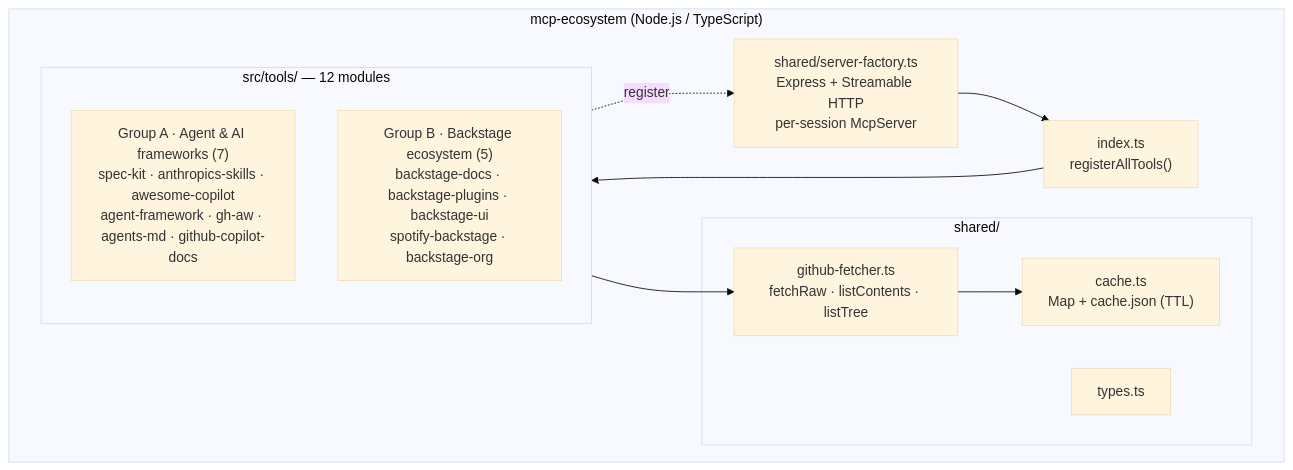
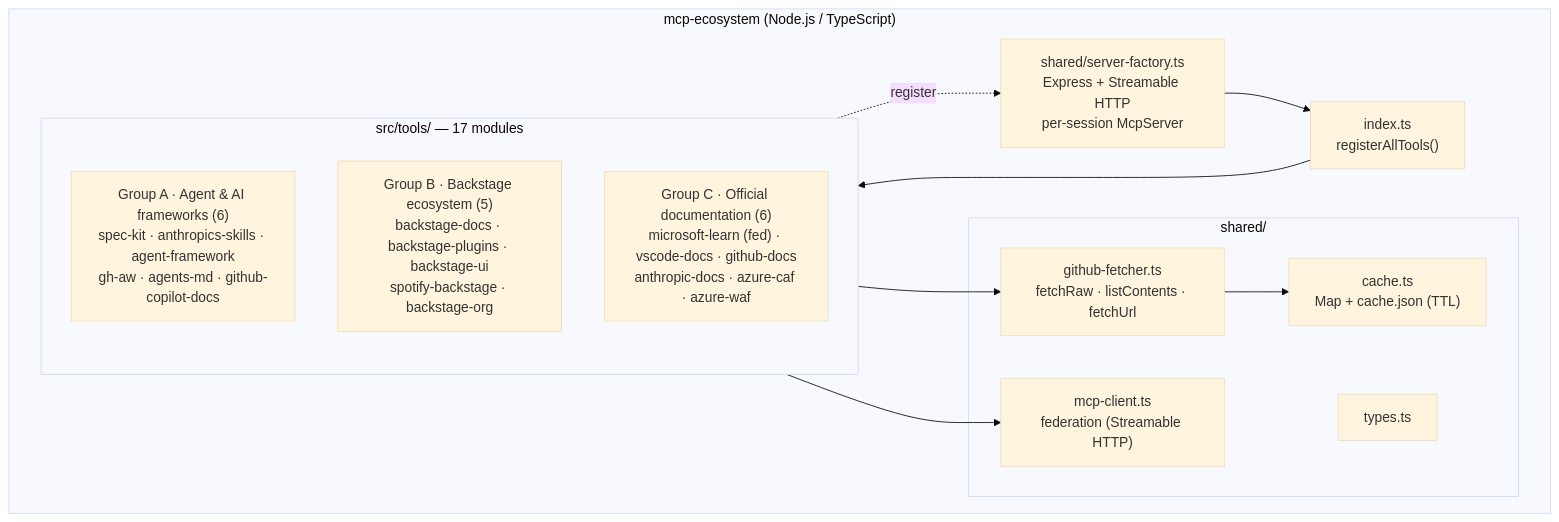
The second of 5 diagrams in mcp-servers/ARCHITECTURE.md (Ohorizons/ohorizons-lastest), drawn with Mermaid (base theme) before and after one commit. The commit also changed other lines of this file and 33 other files, not shown here.

First line of the commit message:
Add tools for Azure Cloud Adoption Framework, Azure Well-Architected Framework, GitHub Docs, Microsoft Learn, and VS Code documentation

````diff
--- a/mcp-servers/ARCHITECTURE.md
+++ b/mcp-servers/ARCHITECTURE.md
@@ -58,20 +62,23 @@
 ```mermaid
 flowchart TB
     subgraph Server["mcp-ecosystem (Node.js / TypeScript)"]
         IDX["index.ts<br/>registerAllTools()"]
         FACT["shared/server-factory.ts<br/>Express + Streamable HTTP<br/>per-session McpServer"]
         subgraph Shared["shared/"]
             CACHE["cache.ts<br/>Map + cache.json (TTL)"]
-            FETCH["github-fetcher.ts<br/>fetchRaw · listContents · listTree"]
+            FETCH["github-fetcher.ts<br/>fetchRaw · listContents · fetchUrl"]
+            MCPC["mcp-client.ts<br/>federation (Streamable HTTP)"]
             TYPES["types.ts"]
         end
-        subgraph Tools["src/tools/ — 12 modules"]
-            GA["Group A · Agent & AI frameworks (7)<br/>spec-kit · anthropics-skills · awesome-copilot<br/>agent-framework · gh-aw · agents-md · github-copilot-docs"]
+        subgraph Tools["src/tools/ — 17 modules"]
+            GA["Group A · Agent & AI frameworks (6)<br/>spec-kit · anthropics-skills · agent-framework<br/>gh-aw · agents-md · github-copilot-docs"]
             GB["Group B · Backstage ecosystem (5)<br/>backstage-docs · backstage-plugins · backstage-ui<br/>spotify-backstage · backstage-org"]
+            GC["Group C · Official documentation (6)<br/>microsoft-learn (fed) · vscode-docs · github-docs<br/>anthropic-docs · azure-caf · azure-waf"]
         end
     end
 
     FACT --> IDX --> Tools
     Tools --> FETCH --> CACHE
+    Tools --> MCPC
     Tools -.->|register| FACT
 ```
````
